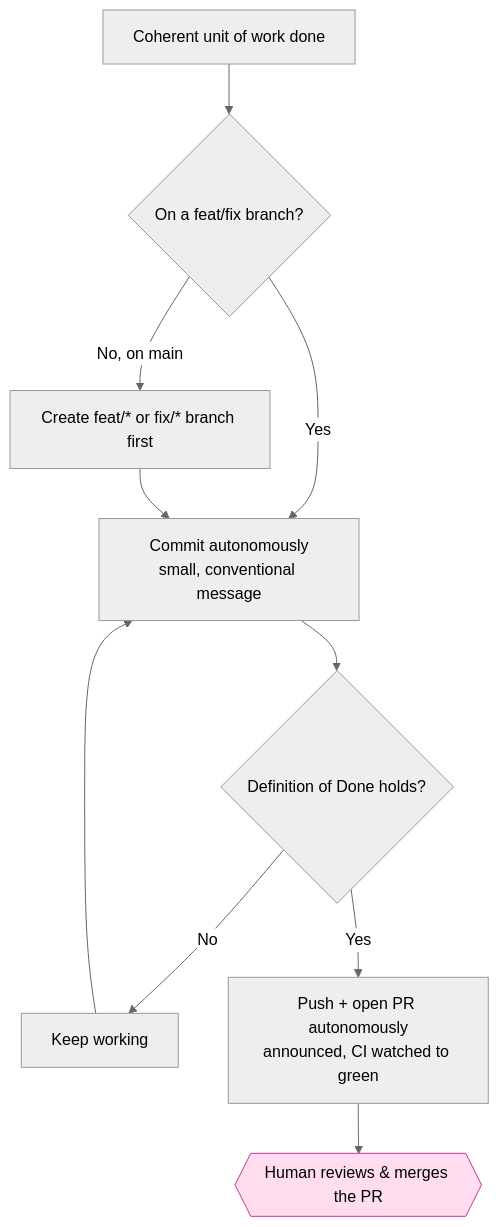
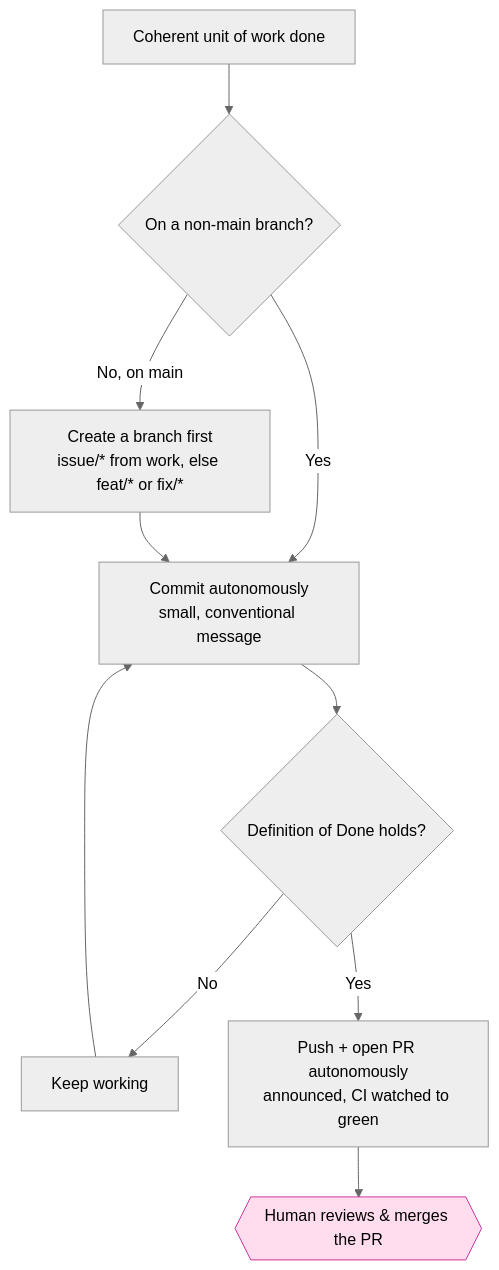
One commit to element22llc/e22-plugins changed the diagram in docs/concepts/authorization-model.md. Above: the diagram before and after it, drawn with Mermaid (neutral theme). The commit also changed other lines of this file and 31 other files, not shown here.

````diff
--- a/docs/concepts/authorization-model.md
+++ b/docs/concepts/authorization-model.md
@@ -8,15 +8,15 @@
 ```mermaid
 flowchart TD
-    START[Coherent unit of work done] --> BRANCH{On a feat/fix branch?}
-    BRANCH -->|No, on main| MK[Create feat/* or fix/* branch first]
+    START[Coherent unit of work done] --> BRANCH{On a non-main branch?}
+    BRANCH -->|No, on main| MK[Create a branch first<br/>issue/* from work, else feat/* or fix/*]
     BRANCH -->|Yes| COMMIT
     MK --> COMMIT[Commit autonomously<br/>small, conventional message]
     COMMIT --> DONE{Definition of Done holds?}
     DONE -->|No| MORE[Keep working]
     MORE --> COMMIT
     DONE -->|Yes| PUSH[Push + open PR autonomously<br/>announced, CI watched to green]
     PUSH --> GATE{{Human reviews & merges the PR}}
 
     classDef gated fill:#fde,stroke:#c39
     class GATE gated
 ```
````
